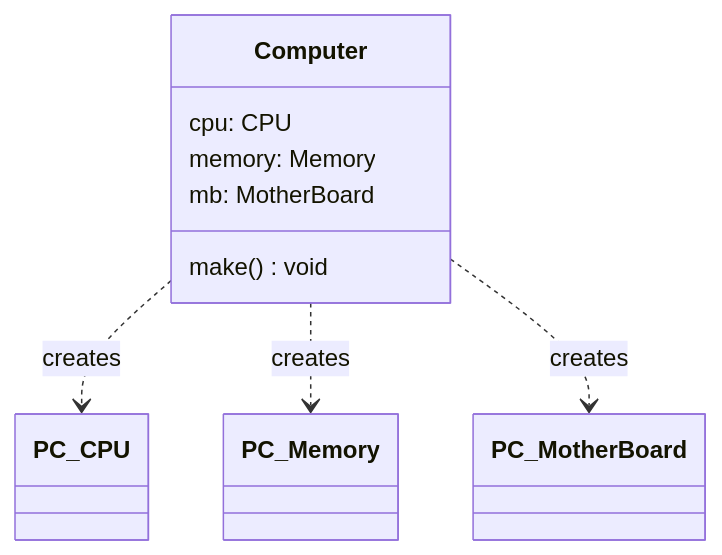
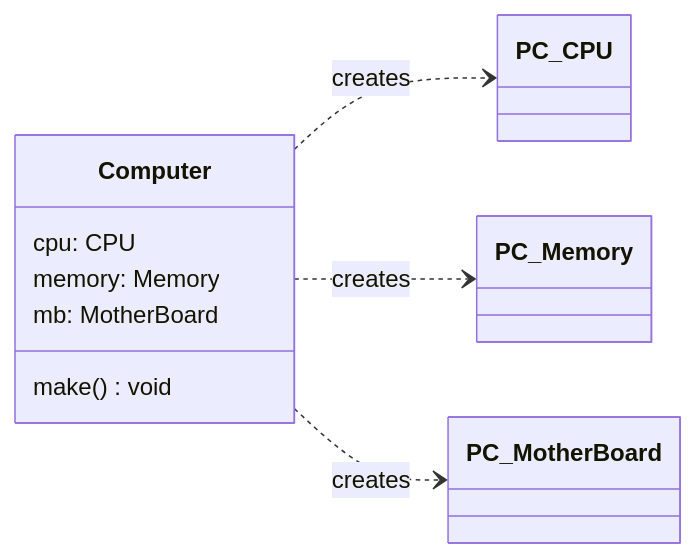
One commit to nlhsueh/teach_sw_fw changed the first of 4 diagrams in Part4_PatternCreation/ch12_af.md. Above: the diagram before and after it, drawn with Mermaid. The commit also changed other lines of this file and 47 other files, not shown here.

Commit message:
Refactor Chapters 14-17: Localize images, extract code blocks to src, convert PlantUML to Mermaid, and reorganize MLB exercise solution

````diff
--- a/Part4_PatternCreation/ch12_af.md
+++ b/Part4_PatternCreation/ch12_af.md
@@ -22,12 +23,13 @@
 ```mermaid
 classDiagram
+    direction LR
     class Computer {
         cpu: CPU
         memory: Memory
         mb: MotherBoard
         make() void
     }
     Computer ..> PC_CPU : creates
     Computer ..> PC_Memory : creates
     Computer ..> PC_MotherBoard : creates
 ```
````
